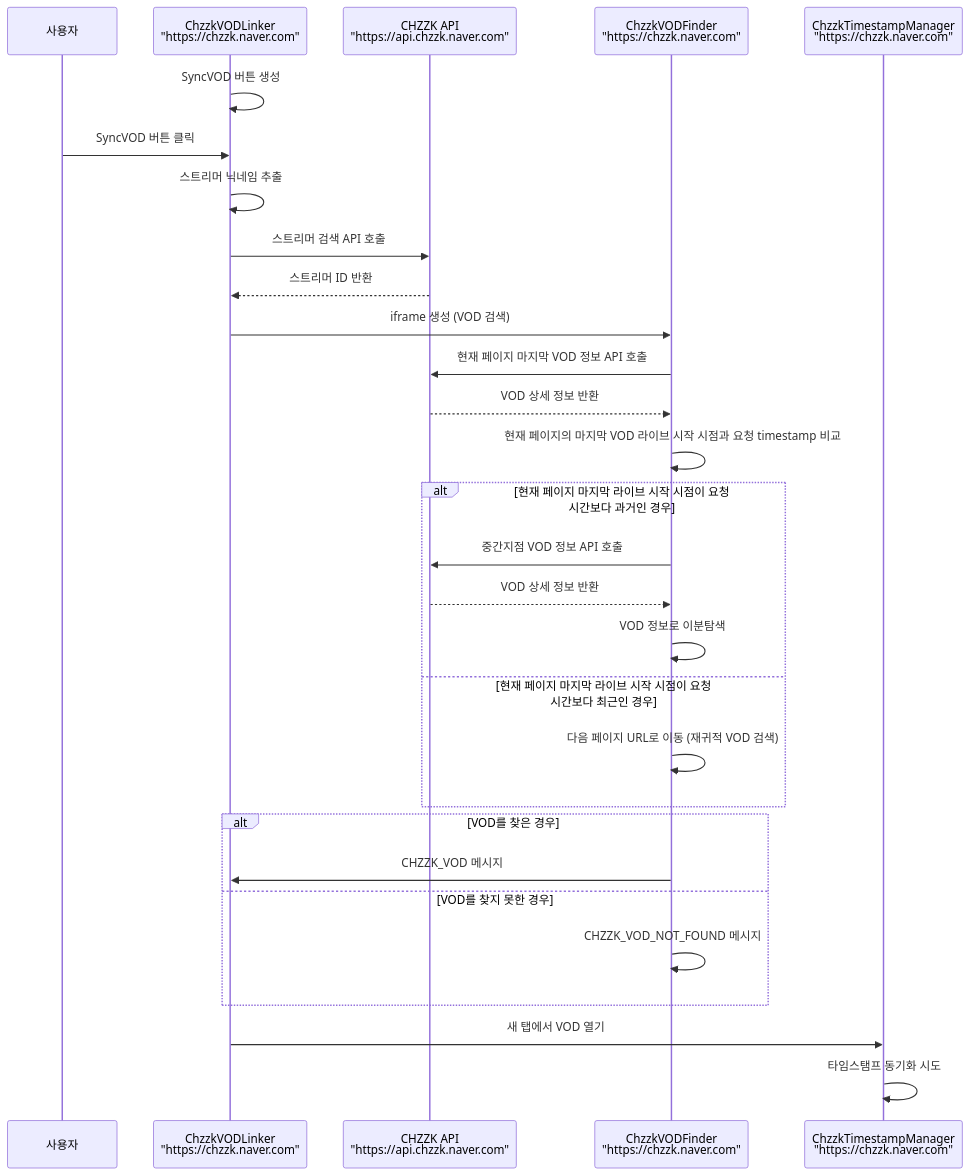
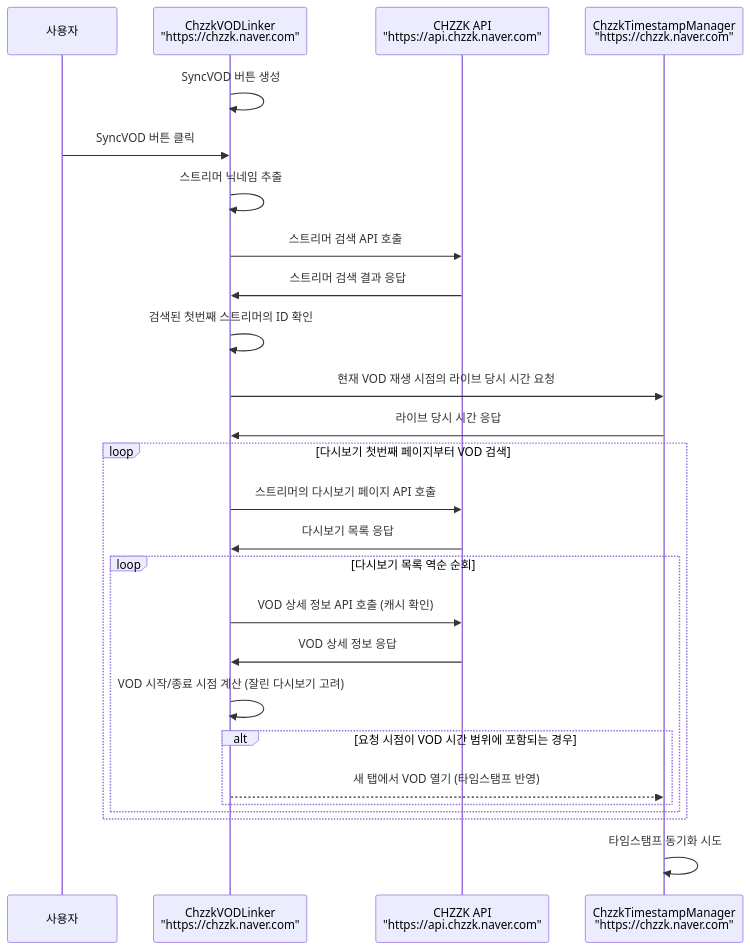
The second of 4 diagrams in doc/communication_flow.md (AINukeHere/VOD-Synchronizer), drawn with Mermaid before and after one commit. The commit also changed other lines of this file and 2 other files, not shown here.

Commit message:
Update README and communication flow documentation: Change "Find VOD" button text to "Sync VOD" for clarity, update API request terminology, and enhance sequence diagrams for better understanding of VOD synchronization processes.

````diff
--- a/doc/communication_flow.md
+++ b/doc/communication_flow.md
@@ -29,36 +36,30 @@
 ```mermaid
 sequenceDiagram
     participant User as 사용자
     participant VODLinker as ChzzkVODLinker<br/>"https://chzzk.naver.com"
     participant ChzzkAPI as CHZZK API<br/>"https://api.chzzk.naver.com"
-    participant VodFinder as ChzzkVODFinder<br/>"https://chzzk.naver.com"
     participant TimestampManager as ChzzkTimestampManager<br/>"https://chzzk.naver.com"
 
     VODLinker->>VODLinker: SyncVOD 버튼 생성
     User->>VODLinker: SyncVOD 버튼 클릭
     VODLinker->>VODLinker: 스트리머 닉네임 추출
     VODLinker->>ChzzkAPI: 스트리머 검색 API 호출
-    ChzzkAPI-->>VODLinker: 스트리머 ID 반환
-    VODLinker->>VodFinder: iframe 생성 (VOD 검색)
+    ChzzkAPI->>VODLinker: 스트리머 검색 결과 응답
+    VODLinker->>VODLinker: 검색된 첫번째 스트리머의 ID 확인
+    VODLinker->>TimestampManager: 현재 VOD 재생 시점의 라이브 당시 시간 요청
+    TimestampManager->>VODLinker: 라이브 당시 시간 응답
     
-    VodFinder->>ChzzkAPI: 현재 페이지 마지막 VOD 정보 API 호출
-    ChzzkAPI-->>VodFinder: VOD 상세 정보 반환
-    VodFinder->>VodFinder: 현재 페이지의 마지막 VOD 라이브 시작 시점과 요청 timestamp 비교
-    
-    alt 현재 페이지 마지막 라이브 시작 시점이 요청 시간보다 과거인 경우
-        VodFinder->>ChzzkAPI: 중간지점 VOD 정보 API 호출
-        ChzzkAPI-->>VodFinder: VOD 상세 정보 반환
-        VodFinder->>VodFinder: VOD 정보로 이분탐색
-    else 현재 페이지 마지막 라이브 시작 시점이 요청 시간보다 최근인 경우
-        VodFinder->>VodFinder: 다음 페이지 URL로 이동 (재귀적 VOD 검색)
+    loop 다시보기 첫번째 페이지부터 VOD 검색
+        VODLinker->>ChzzkAPI: 스트리머의 다시보기 페이지 API 호출
+        ChzzkAPI->>VODLinker: 다시보기 목록 응답
+        loop 다시보기 목록 역순 순회
+            VODLinker->>ChzzkAPI: VOD 상세 정보 API 호출 (캐시 확인)
+            ChzzkAPI->>VODLinker: VOD 상세 정보 응답
+            VODLinker->>VODLinker: VOD 시작/종료 시점 계산 (잘린 다시보기 고려)
+            alt 요청 시점이 VOD 시간 범위에 포함되는 경우
+                VODLinker-->>TimestampManager: 새 탭에서 VOD 열기 (타임스탬프 반영)
+            end
+        end
     end
-    
-    alt VOD를 찾은 경우
-        VodFinder->>VODLinker: CHZZK_VOD 메시지
-    else VOD를 찾지 못한 경우
-        VodFinder->>VodFinder: CHZZK_VOD_NOT_FOUND 메시지
-    end
-    
-    VODLinker->>TimestampManager: 새 탭에서 VOD 열기
     TimestampManager->>TimestampManager: 타임스탬프 동기화 시도
 ```
````
